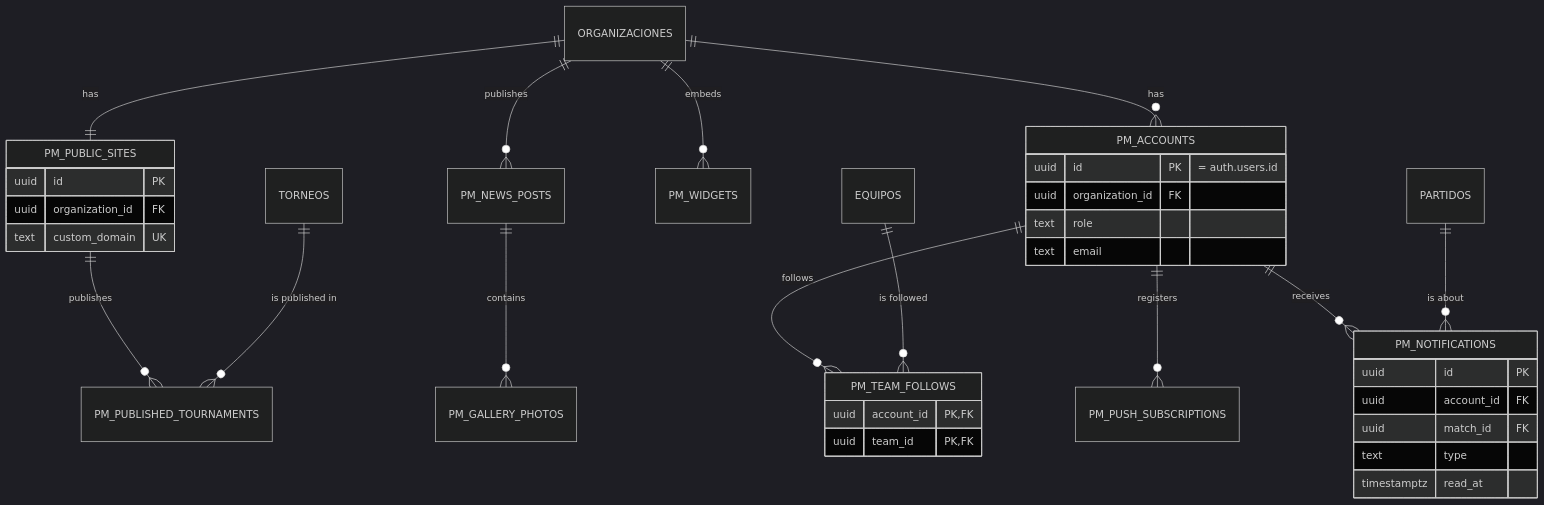
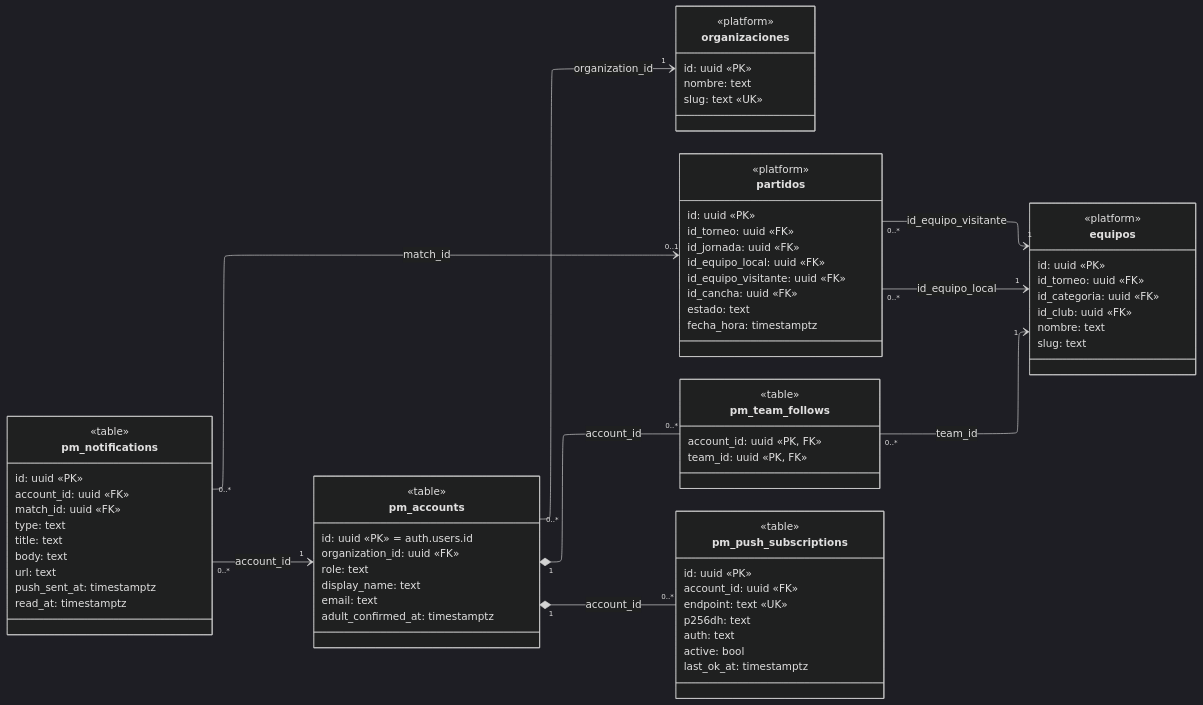
One commit to hmragencia/ingesoft2-tournament-platform changed the second of 5 diagrams in Workshop-2/04-relational-database-model.md. Above: the diagram before and after it, drawn with Mermaid (dark theme). The commit also changed other lines of this file and 12 other files, not shown here.

````diff
--- a/Workshop-2/04-relational-database-model.md
+++ b/Workshop-2/04-relational-database-model.md
@@ -16,38 +130,79 @@
 ```mermaid
-erDiagram
-  ORGANIZACIONES ||--|| PM_PUBLIC_SITES : has
-  PM_PUBLIC_SITES ||--o{ PM_PUBLISHED_TOURNAMENTS : publishes
-  TORNEOS ||--o{ PM_PUBLISHED_TOURNAMENTS : "is published in"
-  ORGANIZACIONES ||--o{ PM_NEWS_POSTS : publishes
-  PM_NEWS_POSTS ||--o{ PM_GALLERY_PHOTOS : contains
-  ORGANIZACIONES ||--o{ PM_WIDGETS : embeds
-  ORGANIZACIONES ||--o{ PM_ACCOUNTS : has
-  PM_ACCOUNTS ||--o{ PM_TEAM_FOLLOWS : follows
-  EQUIPOS ||--o{ PM_TEAM_FOLLOWS : "is followed"
-  PM_ACCOUNTS ||--o{ PM_PUSH_SUBSCRIPTIONS : registers
-  PM_ACCOUNTS ||--o{ PM_NOTIFICATIONS : receives
-  PARTIDOS ||--o{ PM_NOTIFICATIONS : "is about"
+---
+config:
+  layout: elk
+---
+classDiagram
+  direction LR
+  class organizaciones {
+    <<platform>>
+    id: uuid «PK»
+    nombre: text
+    slug: text «UK»
+  }
+  class equipos {
+    <<platform>>
+    id: uuid «PK»
+    id_torneo: uuid «FK»
+    id_categoria: uuid «FK»
+    id_club: uuid «FK»
+    nombre: text
+    slug: text
+  }
+  class partidos {
+    <<platform>>
+    id: uuid «PK»
+    id_torneo: uuid «FK»
+    id_jornada: uuid «FK»
+    id_equipo_local: uuid «FK»
+    id_equipo_visitante: uuid «FK»
+    id_cancha: uuid «FK»
+    estado: text
+    fecha_hora: timestamptz
+  }
+  class pm_accounts {
+    <<table>>
+    id: uuid «PK» = auth.users.id
+    organization_id: uuid «FK»
+    role: text
+    display_name: text
+    email: text
+    adult_confirmed_at: timestamptz
+  }
+  class pm_team_follows {
+    <<table>>
+    account_id: uuid «PK, FK»
+    team_id: uuid «PK, FK»
+  }
+  class pm_push_subscriptions {
+    <<table>>
+    id: uuid «PK»
+    account_id: uuid «FK»
+    endpoint: text «UK»
+    p256dh: text
+    auth: text
+    active: bool
+    last_ok_at: timestamptz
+  }
+  class pm_notifications {
+    <<table>>
+    id: uuid «PK»
+    account_id: uuid «FK»
+    match_id: uuid «FK»
+    type: text
+    title: text
+    body: text
+    url: text
+    push_sent_at: timestamptz
+    read_at: timestamptz
+  }
 
-  PM_PUBLIC_SITES {
-    uuid id PK
-    uuid organization_id FK
-    text custom_domain UK
-  }
-  PM_ACCOUNTS {
-    uuid id PK "= auth.users.id"
-    uuid organization_id FK
-    text role
-    text email
-  }
-  PM_TEAM_FOLLOWS {
-    uuid account_id PK, FK
-    uuid team_id PK, FK
-  }
-  PM_NOTIFICATIONS {
-    uuid id PK
-    uuid account_id FK
-    uuid match_id FK
-    text type
-    timestamptz read_at
-  }
+  pm_accounts "0..*" --> "1" organizaciones : organization_id
+  pm_accounts "1" *-- "0..*" pm_team_follows : account_id
+  pm_team_follows "0..*" --> "1" equipos : team_id
+  pm_accounts "1" *-- "0..*" pm_push_subscriptions : account_id
+  pm_notifications "0..*" --> "1" pm_accounts : account_id
+  pm_notifications "0..*" --> "0..1" partidos : match_id
+  partidos "0..*" --> "1" equipos : id_equipo_local
+  partidos "0..*" --> "1" equipos : id_equipo_visitante
 ```
````
